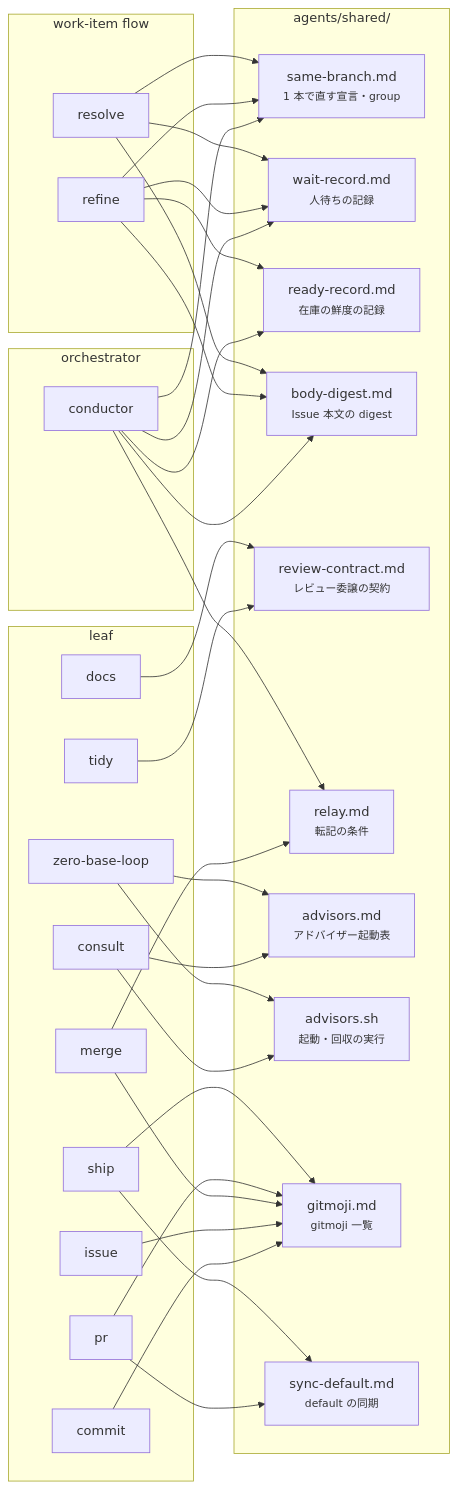
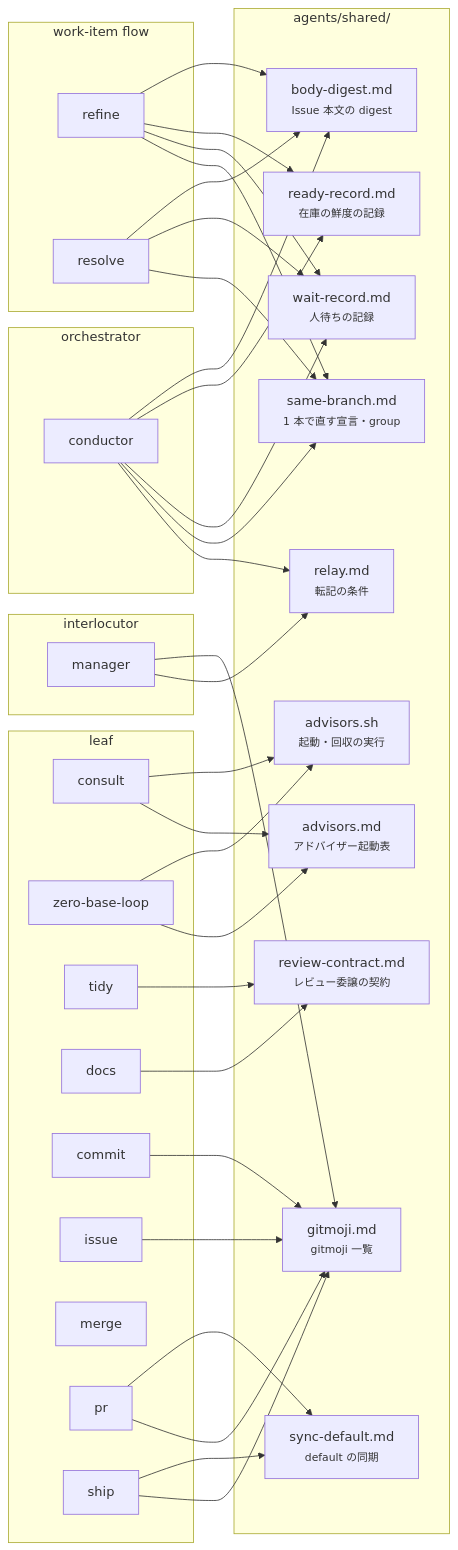
One commit to usagizmo/agentfiles changed the third of 3 diagrams in agents/docs/structure.md. Above: the diagram before and after it, drawn with Mermaid. The commit also changed other lines of this file and 4 other files, not shown here.

````diff
--- a/agents/docs/structure.md
+++ b/agents/docs/structure.md
@@ -87,60 +87,63 @@
 ```mermaid
 flowchart LR
     subgraph orch["orchestrator"]
         CO[conductor]
     end
     subgraph flow["work-item flow"]
         RF[refine]
         RS[resolve]
     end
     subgraph leaf["leaf"]
         CS[consult]
         ZB[zero-base-loop]
         TD[tidy]
         DC[docs]
         CM[commit]
         IS[issue]
-        MG[merge]
+        ME[merge]
         PR[pr]
         SH[ship]
+    end
+    subgraph inter[interlocutor]
+        MG[manager]
     end
     subgraph shared["agents/shared/"]
         SB["same-branch.md<br/><small>1 本で直す宣言・group</small>"]
         WR["wait-record.md<br/><small>人待ちの記録</small>"]
         RR["ready-record.md<br/><small>在庫の鮮度の記録</small>"]
         BD["body-digest.md<br/><small>Issue 本文の digest</small>"]
         RC["review-contract.md<br/><small>レビュー委譲の契約</small>"]
         RL["relay.md<br/><small>転記の条件</small>"]
         AD["advisors.md<br/><small>アドバイザー起動表</small>"]
         AS["advisors.sh<br/><small>起動・回収の実行</small>"]
         GM["gitmoji.md<br/><small>gitmoji 一覧</small>"]
         SD["sync-default.md<br/><small>default の同期</small>"]
     end
 
     MG --> RL
     CO --> RL
     CO --> SB
     CO --> WR
     CO --> RR
     CO --> BD
     RF --> SB
     RF --> WR
     RF --> RR
     RF --> BD
     RS --> SB
     RS --> WR
     RS --> BD
     CS --> AD
     CS --> AS
     ZB --> AD
     ZB --> AS
     TD --> RC
     DC --> RC
     CM --> GM
     IS --> GM
     MG --> GM
     PR --> GM
     SH --> GM
     PR --> SD
     SH --> SD
 ```
````
